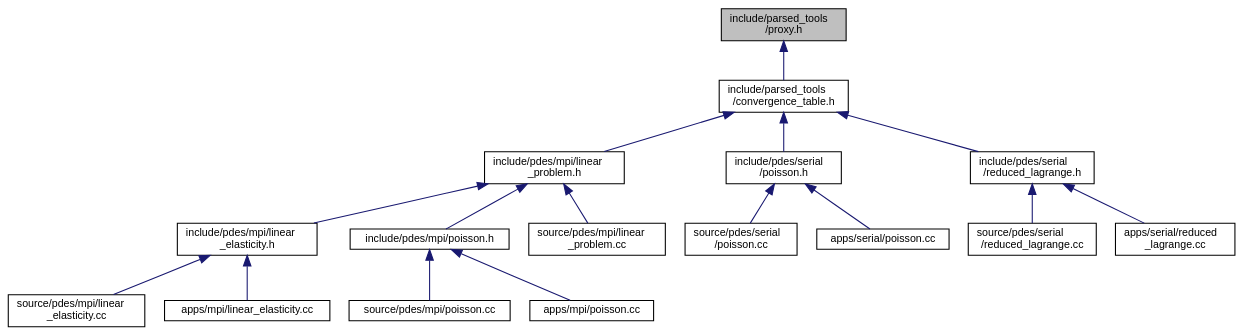
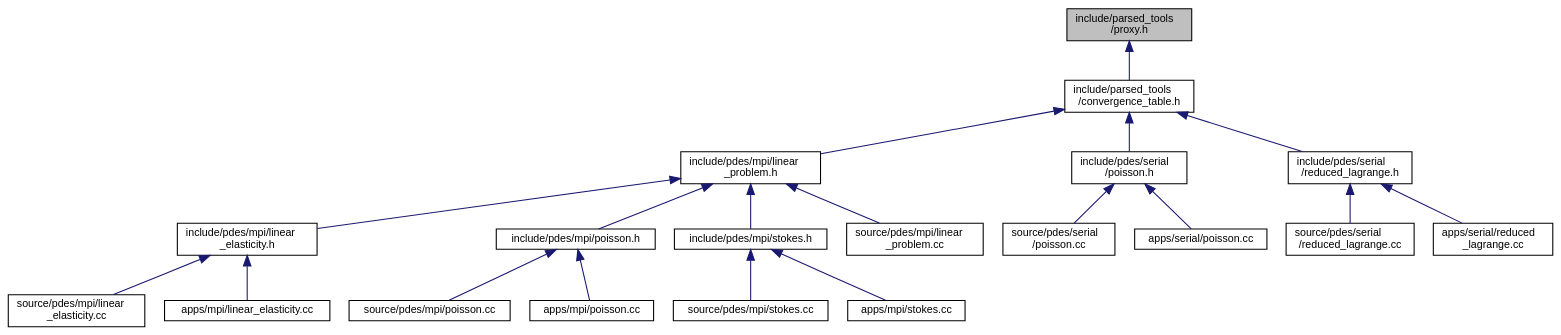
Before and after one commit to luca-heltai/fsi-suite: the diagram in proxy_8h__dep__incl.dot, drawn with Graphviz. The commit also changed 742 other files, not shown here.

```diff
--- a/proxy_8h__dep__incl.dot
+++ b/proxy_8h__dep__incl.dot
@@ -1,38 +1,44 @@
 digraph "include/parsed_tools/proxy.h"
 {
  // LATEX_PDF_SIZE
   bgcolor="transparent";
   edge [fontname="Helvetica",fontsize="10",labelfontname="Helvetica",labelfontsize="10"];
   node [fontname="Helvetica",fontsize="10",shape=record];
   Node1 [label="include/parsed_tools\l/proxy.h",height=0.2,width=0.4,color="black", fillcolor="grey75", style="filled", fontcolor="black",tooltip=" "];
   Node1 -> Node2 [dir="back",color="midnightblue",fontsize="10",style="solid",fontname="Helvetica"];
   Node2 [label="include/parsed_tools\l/convergence_table.h",height=0.2,width=0.4,color="black",URL="$convergence__table_8h.html",tooltip=" "];
   Node2 -> Node3 [dir="back",color="midnightblue",fontsize="10",style="solid",fontname="Helvetica"];
   Node3 [label="include/pdes/mpi/linear\l_problem.h",height=0.2,width=0.4,color="black",URL="$linear__problem_8h.html",tooltip=" "];
   Node3 -> Node4 [dir="back",color="midnightblue",fontsize="10",style="solid",fontname="Helvetica"];
   Node4 [label="include/pdes/mpi/linear\l_elasticity.h",height=0.2,width=0.4,color="black",URL="$mpi_2linear__elasticity_8h.html",tooltip=" "];
   Node4 -> Node5 [dir="back",color="midnightblue",fontsize="10",style="solid",fontname="Helvetica"];
   Node5 [label="source/pdes/mpi/linear\l_elasticity.cc",height=0.2,width=0.4,color="black",URL="$source_2pdes_2mpi_2linear__elasticity_8cc.html",tooltip=" "];
   Node4 -> Node6 [dir="back",color="midnightblue",fontsize="10",style="solid",fontname="Helvetica"];
   Node6 [label="apps/mpi/linear_elasticity.cc",height=0.2,width=0.4,color="black",URL="$apps_2mpi_2linear__elasticity_8cc.html",tooltip=" "];
   Node3 -> Node7 [dir="back",color="midnightblue",fontsize="10",style="solid",fontname="Helvetica"];
   Node7 [label="include/pdes/mpi/poisson.h",height=0.2,width=0.4,color="black",URL="$mpi_2poisson_8h.html",tooltip=" "];
   Node7 -> Node8 [dir="back",color="midnightblue",fontsize="10",style="solid",fontname="Helvetica"];
   Node8 [label="source/pdes/mpi/poisson.cc",height=0.2,width=0.4,color="black",URL="$source_2pdes_2mpi_2poisson_8cc.html",tooltip=" "];
   Node7 -> Node9 [dir="back",color="midnightblue",fontsize="10",style="solid",fontname="Helvetica"];
   Node9 [label="apps/mpi/poisson.cc",height=0.2,width=0.4,color="black",URL="$apps_2mpi_2poisson_8cc.html",tooltip=" "];
   Node3 -> Node10 [dir="back",color="midnightblue",fontsize="10",style="solid",fontname="Helvetica"];
-  Node10 [label="source/pdes/mpi/linear\l_problem.cc",height=0.2,width=0.4,color="black",URL="$linear__problem_8cc.html",tooltip=" "];
-  Node2 -> Node11 [dir="back",color="midnightblue",fontsize="10",style="solid",fontname="Helvetica"];
-  Node11 [label="include/pdes/serial\l/poisson.h",height=0.2,width=0.4,color="black",URL="$serial_2poisson_8h.html",tooltip=" "];
-  Node11 -> Node12 [dir="back",color="midnightblue",fontsize="10",style="solid",fontname="Helvetica"];
-  Node12 [label="source/pdes/serial\l/poisson.cc",height=0.2,width=0.4,color="black",URL="$source_2pdes_2serial_2poisson_8cc.html",tooltip=" "];
-  Node11 -> Node13 [dir="back",color="midnightblue",fontsize="10",style="solid",fontname="Helvetica"];
-  Node13 [label="apps/serial/poisson.cc",height=0.2,width=0.4,color="black",URL="$apps_2serial_2poisson_8cc.html",tooltip=" "];
+  Node10 [label="include/pdes/mpi/stokes.h",height=0.2,width=0.4,color="black",URL="$mpi_2stokes_8h.html",tooltip=" "];
+  Node10 -> Node11 [dir="back",color="midnightblue",fontsize="10",style="solid",fontname="Helvetica"];
+  Node11 [label="source/pdes/mpi/stokes.cc",height=0.2,width=0.4,color="black",URL="$source_2pdes_2mpi_2stokes_8cc.html",tooltip=" "];
+  Node10 -> Node12 [dir="back",color="midnightblue",fontsize="10",style="solid",fontname="Helvetica"];
+  Node12 [label="apps/mpi/stokes.cc",height=0.2,width=0.4,color="black",URL="$apps_2mpi_2stokes_8cc.html",tooltip=" "];
+  Node3 -> Node13 [dir="back",color="midnightblue",fontsize="10",style="solid",fontname="Helvetica"];
+  Node13 [label="source/pdes/mpi/linear\l_problem.cc",height=0.2,width=0.4,color="black",URL="$linear__problem_8cc.html",tooltip=" "];
   Node2 -> Node14 [dir="back",color="midnightblue",fontsize="10",style="solid",fontname="Helvetica"];
-  Node14 [label="include/pdes/serial\l/reduced_lagrange.h",height=0.2,width=0.4,color="black",URL="$reduced__lagrange_8h.html",tooltip=" "];
+  Node14 [label="include/pdes/serial\l/poisson.h",height=0.2,width=0.4,color="black",URL="$serial_2poisson_8h.html",tooltip=" "];
   Node14 -> Node15 [dir="back",color="midnightblue",fontsize="10",style="solid",fontname="Helvetica"];
-  Node15 [label="source/pdes/serial\l/reduced_lagrange.cc",height=0.2,width=0.4,color="black",URL="$source_2pdes_2serial_2reduced__lagrange_8cc.html",tooltip=" "];
+  Node15 [label="source/pdes/serial\l/poisson.cc",height=0.2,width=0.4,color="black",URL="$source_2pdes_2serial_2poisson_8cc.html",tooltip=" "];
   Node14 -> Node16 [dir="back",color="midnightblue",fontsize="10",style="solid",fontname="Helvetica"];
-  Node16 [label="apps/serial/reduced\l_lagrange.cc",height=0.2,width=0.4,color="black",URL="$apps_2serial_2reduced__lagrange_8cc.html",tooltip=" "];
+  Node16 [label="apps/serial/poisson.cc",height=0.2,width=0.4,color="black",URL="$apps_2serial_2poisson_8cc.html",tooltip=" "];
+  Node2 -> Node17 [dir="back",color="midnightblue",fontsize="10",style="solid",fontname="Helvetica"];
+  Node17 [label="include/pdes/serial\l/reduced_lagrange.h",height=0.2,width=0.4,color="black",URL="$reduced__lagrange_8h.html",tooltip=" "];
+  Node17 -> Node18 [dir="back",color="midnightblue",fontsize="10",style="solid",fontname="Helvetica"];
+  Node18 [label="source/pdes/serial\l/reduced_lagrange.cc",height=0.2,width=0.4,color="black",URL="$source_2pdes_2serial_2reduced__lagrange_8cc.html",tooltip=" "];
+  Node17 -> Node19 [dir="back",color="midnightblue",fontsize="10",style="solid",fontname="Helvetica"];
+  Node19 [label="apps/serial/reduced\l_lagrange.cc",height=0.2,width=0.4,color="black",URL="$apps_2serial_2reduced__lagrange_8cc.html",tooltip=" "];
 }
```
